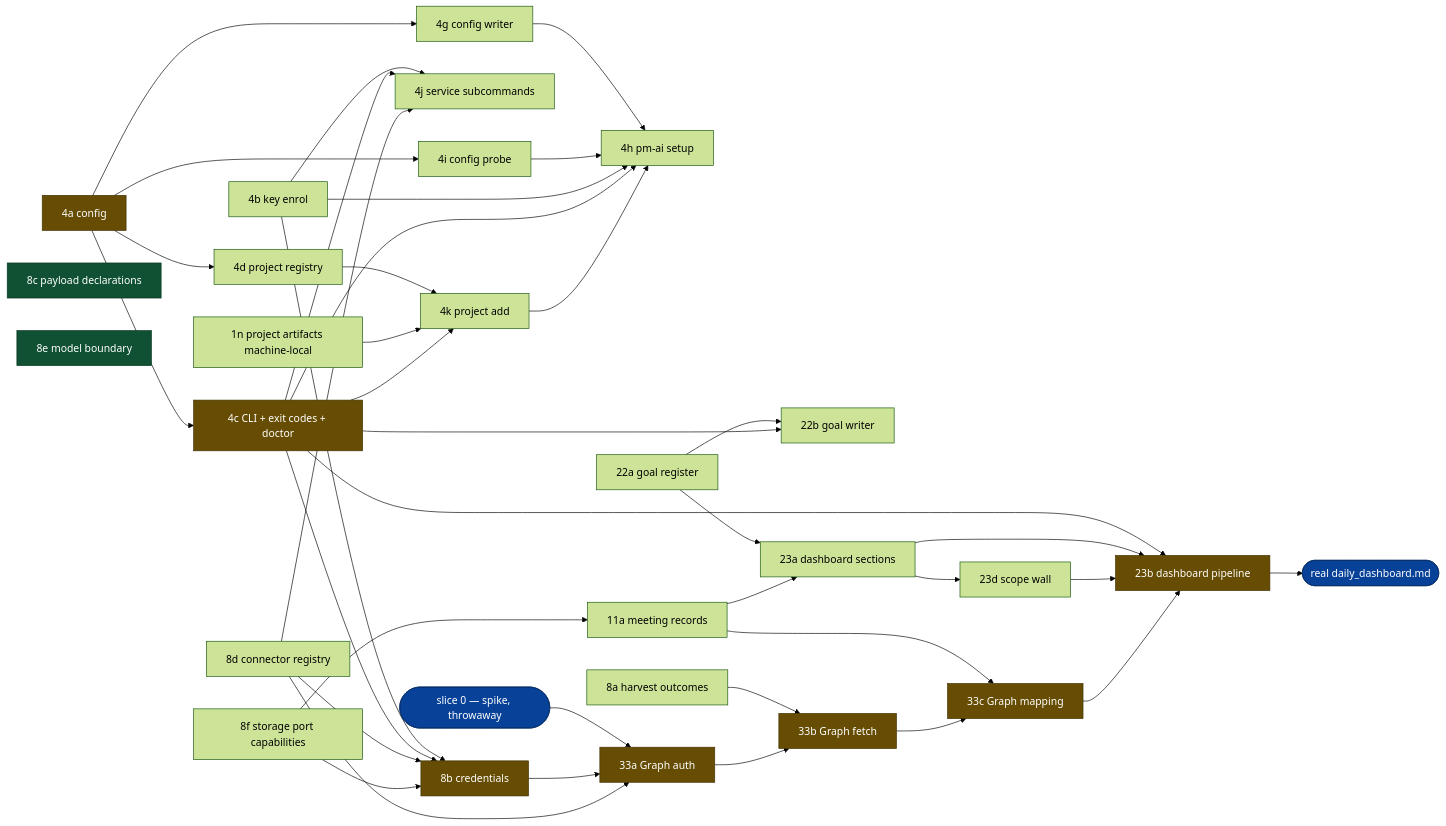
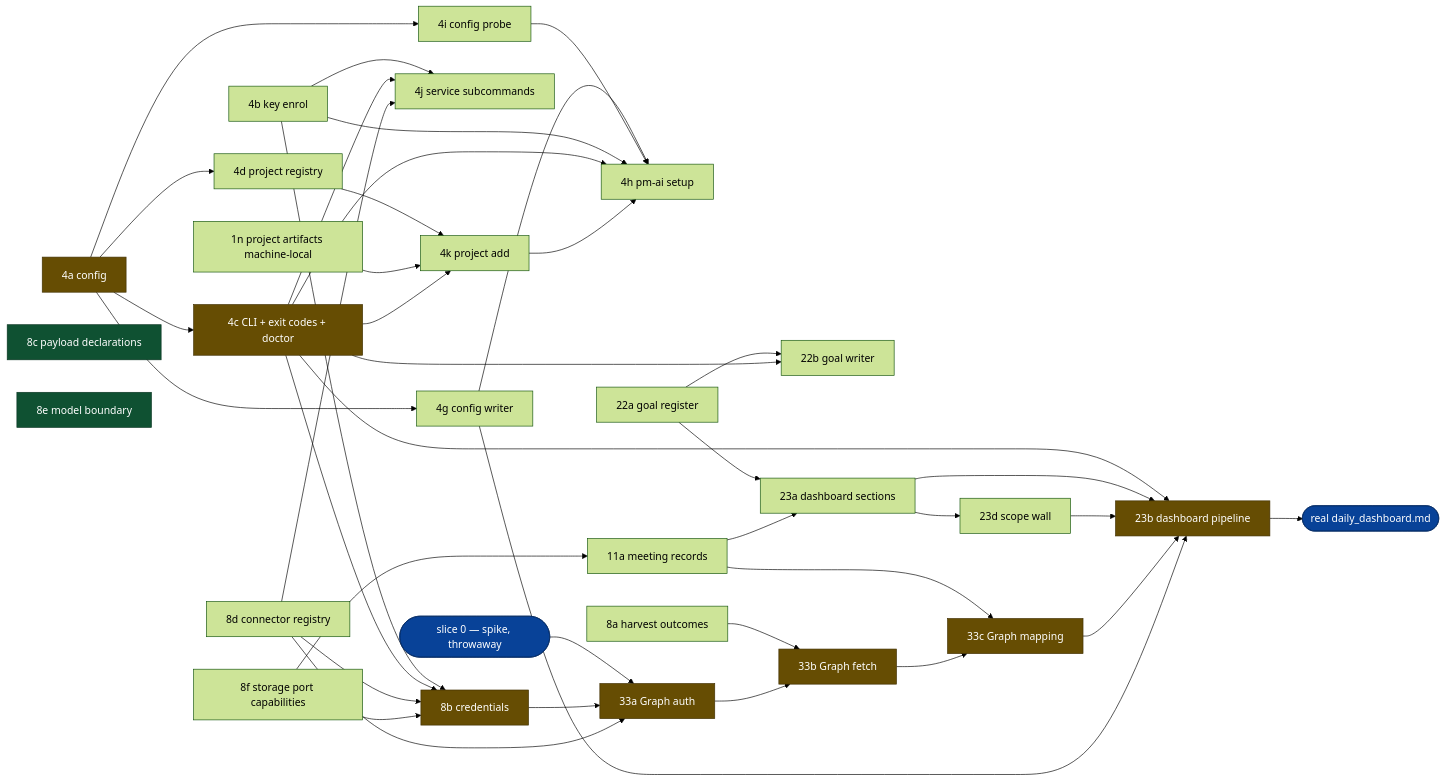
Before and after one commit to aramaniuk/pm-ai: the third of 3 diagrams in _bmad-output/implementation-artifacts/prototype-path-2026-09-01.md, drawn with Mermaid (forest theme). The commit also changed other lines of this file and 2 other files, not shown here.

````diff
--- a/_bmad-output/implementation-artifacts/prototype-path-2026-09-01.md
+++ b/_bmad-output/implementation-artifacts/prototype-path-2026-09-01.md
@@ -263,75 +263,76 @@
 ```mermaid
 flowchart LR
     s0(["slice 0 — spike, throwaway"])
     s1n["1n project artifacts machine-local"]
     s4a["4a config"]
     s4b["4b key enrol"]
     s4c["4c CLI + exit codes + doctor"]
     s4j["4j service subcommands"]
     s4d["4d project registry"]
     s4k["4k project add"]
     s4g["4g config writer"]
     s4i["4i config probe"]
     s4h["4h pm-ai setup"]
     s8a["8a harvest outcomes"]
     s8d["8d connector registry"]
     s8f["8f storage port capabilities"]
     s8b["8b credentials"]
     s8c["8c payload declarations"]
     s8e["8e model boundary"]
     s11a["11a meeting records"]
     s22a["22a goal register"]
     s22b["22b goal writer"]
     s33a["33a Graph auth"]
     s33b["33b Graph fetch"]
     s33c["33c Graph mapping"]
     s23a["23a dashboard sections"]
     s23d["23d scope wall"]
     s23b["23b dashboard pipeline"]
     done(["real daily_dashboard.md"])
 
     s0 --> s33a
     s4a --> s4c
     s4b --> s4j
     s4c --> s4j
     s8d --> s4j
     s4a --> s4d
     s4a --> s4g
     s4g --> s4h
     s4a --> s4i
     s4i --> s4h
     s4b --> s4h
     s4c --> s4h
     s4d --> s4k
     s1n --> s4k
     s4c --> s4k
     s4k --> s4h
     s4b --> s8b
     s4c --> s8b
     s8d --> s8b
     s8f --> s8b
     s8f --> s11a
     s8b --> s33a
     s8d --> s33a
     s8a --> s33b
     s33a --> s33b
     s11a --> s33c
     s33b --> s33c
     s22a --> s22b
     s4c --> s22b
     s22a --> s23a
     s11a --> s23a
     s23a --> s23d
     s4c --> s23b
     s23a --> s23b
     s23d --> s23b
     s33c --> s23b
+    s4g --> s23b
     s23b --> done
 
     classDef crit fill:#664d03,stroke:#413003,color:#ffffff
     classDef island fill:#0f5132,stroke:#0a3622,color:#ffffff
     classDef goal fill:#084298,stroke:#052c65,color:#ffffff
     class s4a,s4c,s8b,s33a,s33b,s33c,s23b crit
     class s8c,s8e island
     class done,s0 goal
 ```
````
